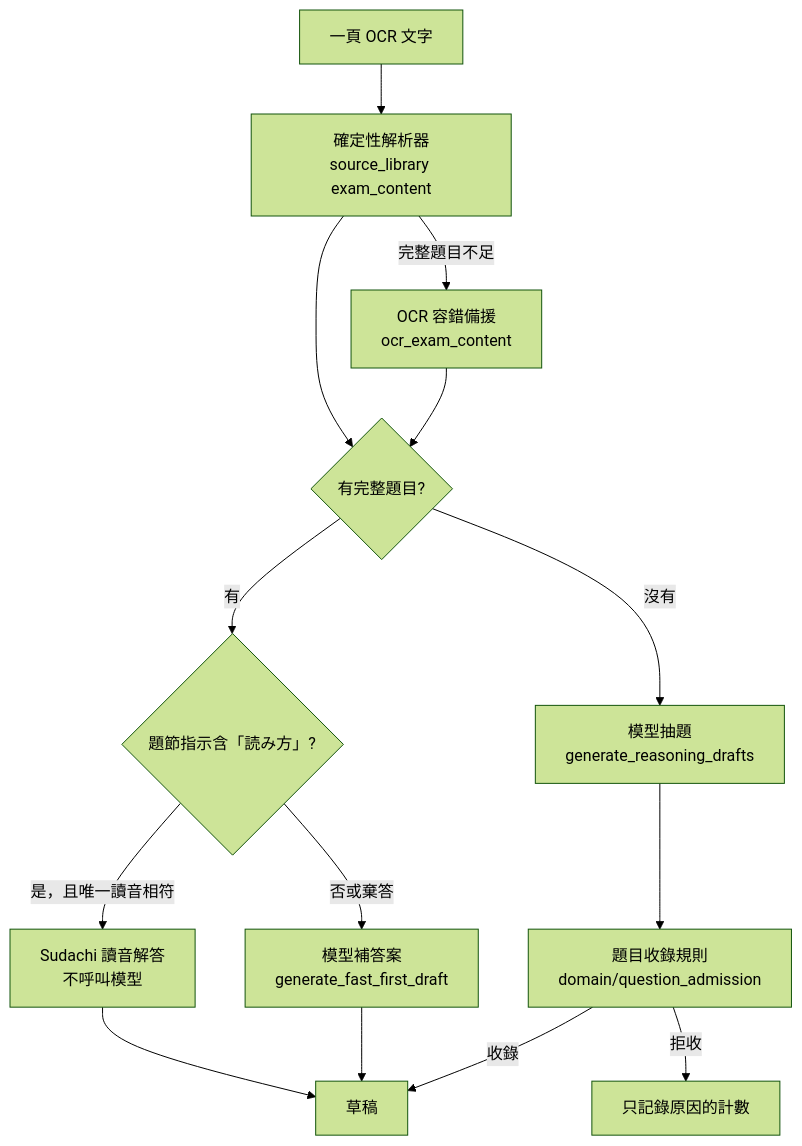
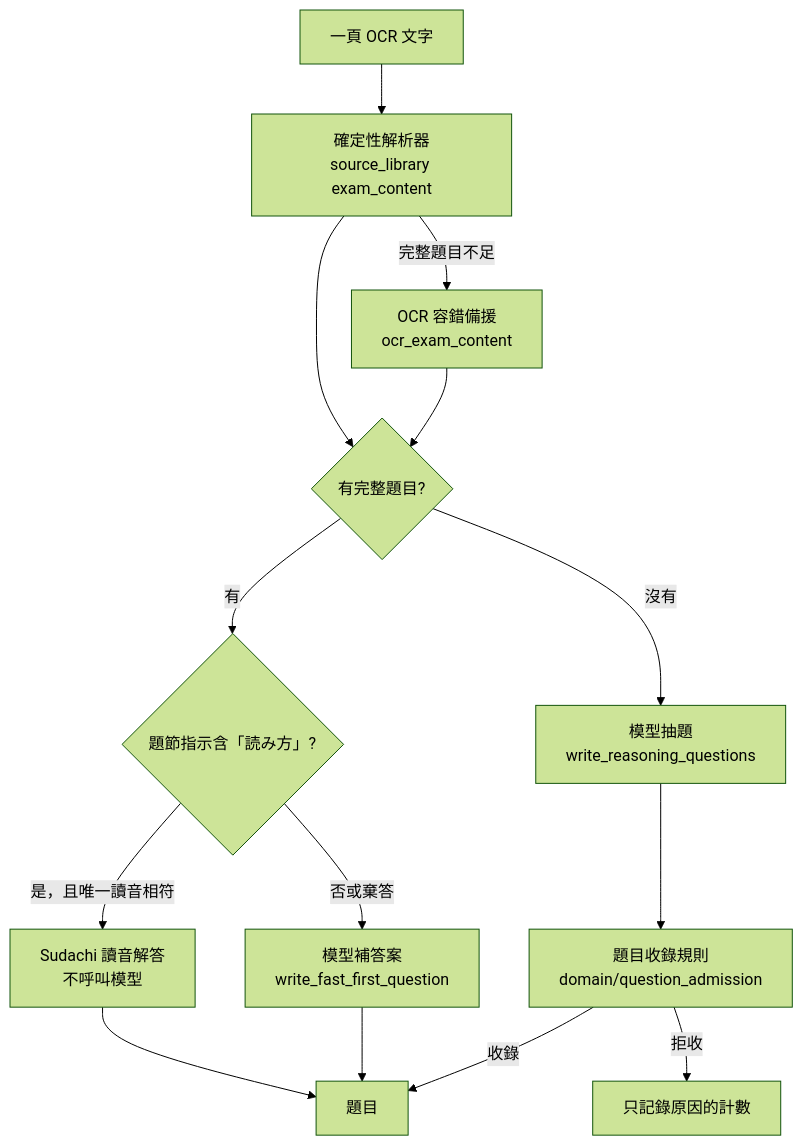
The fourth of 4 diagrams in docs/domain/authoring.md (WodenWang820118/cert-prep), drawn with Mermaid (forest theme) before and after one commit. The commit also changed other lines of this file and 311 other files, not shown here.

````diff
--- a/docs/domain/authoring.md
+++ b/docs/domain/authoring.md
@@ -183,16 +183,16 @@
 ```mermaid
 flowchart TD
   Page[一頁 OCR 文字] --> Primary[確定性解析器<br/>source_library exam_content]
   Primary -->|完整題目不足| Fallback[OCR 容錯備援<br/>ocr_exam_content]
   Primary --> Blocks{有完整題目?}
   Fallback --> Blocks
   Blocks -->|有| Reading{題節指示含「読み方」?}
   Reading -->|是，且唯一讀音相符| Dict[Sudachi 讀音解答<br/>不呼叫模型]
-  Reading -->|否或棄答| Fast[模型補答案<br/>generate_fast_first_draft]
-  Blocks -->|沒有| Extract[模型抽題<br/>generate_reasoning_drafts]
+  Reading -->|否或棄答| Fast[模型補答案<br/>write_fast_first_question]
+  Blocks -->|沒有| Extract[模型抽題<br/>write_reasoning_questions]
   Extract --> Admit[題目收錄規則<br/>domain/question_admission]
-  Dict --> Drafts[草稿]
-  Fast --> Drafts
-  Admit -->|收錄| Drafts
+  Dict --> Questions[題目]
+  Fast --> Questions
+  Admit -->|收錄| Questions
   Admit -->|拒收| Log[只記錄原因的計數]
 ```
````
